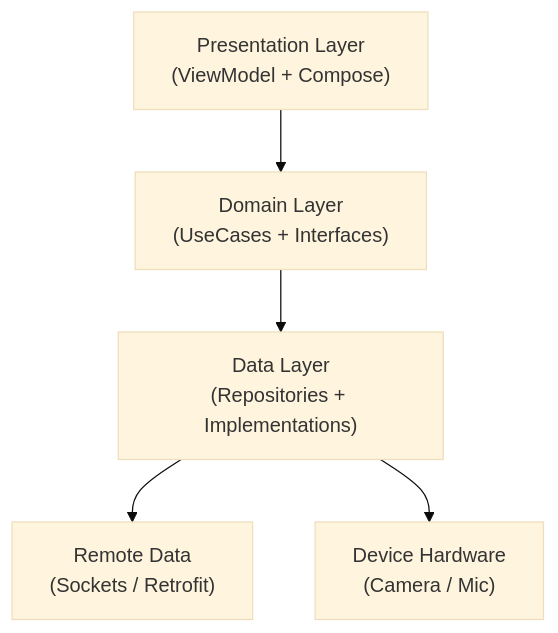
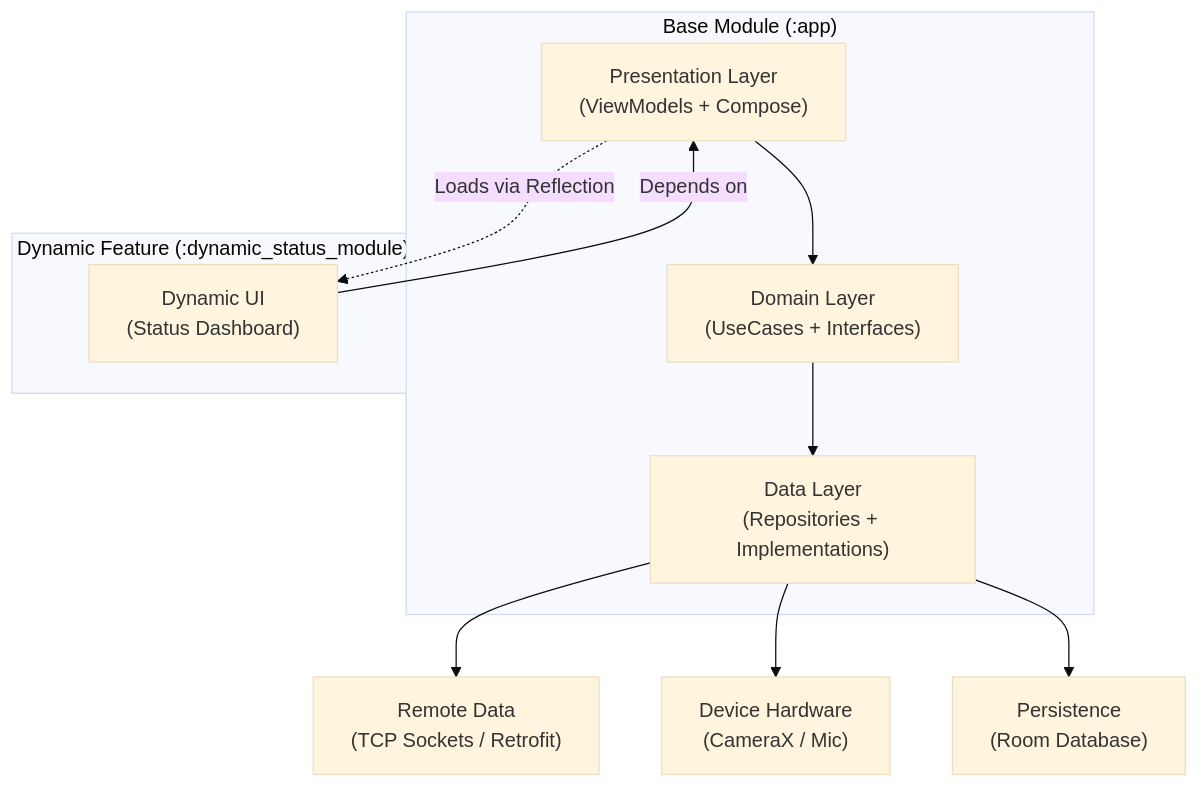
The diagram in README.md (paulmathew/CallInspector), drawn with Mermaid (base theme) before and after one commit.

Commit message:
Enhance architecture diagram in README
Updated architecture diagram to include base module and dynamic feature.

````diff
--- a/README.md
+++ b/README.md
@@ -85,7 +85,25 @@
 ```mermaid
 graph TD
-    UI["Presentation Layer<br>(ViewModel + Compose)"] --> Domain["Domain Layer<br>(UseCases + Interfaces)"]
-    Domain --> Data["Data Layer<br>(Repositories + Implementations)"]
-    Data --> Remote["Remote Data<br>(Sockets / Retrofit)"]
-    Data --> Hardware["Device Hardware<br>(Camera / Mic)"]
+    subgraph "Base Module (:app)"
+        UI["Presentation Layer<br>(ViewModels + Compose)"]
+        Domain["Domain Layer<br>(UseCases + Interfaces)"]
+        Data["Data Layer<br>(Repositories + Implementations)"]
+    end
+
+    subgraph "Dynamic Feature (:dynamic_status_module)"
+        DFM["Dynamic UI<br>(Status Dashboard)"]
+    end
+
+    %% Architecture Flow
+    UI --> Domain
+    Domain --> Data
+    
+    %% Dynamic Feature Logic (Logic in Base, UI in Dynamic)
+    DFM -->|Depends on| UI
+    UI -.->|Loads via Reflection| DFM
+
+    %% Data Sources
+    Data --> Remote["Remote Data<br>(TCP Sockets / Retrofit)"]
+    Data --> Hardware["Device Hardware<br>(CameraX / Mic)"]
+    Data --> Local["Persistence<br>(Room Database)"]
 ```
````
